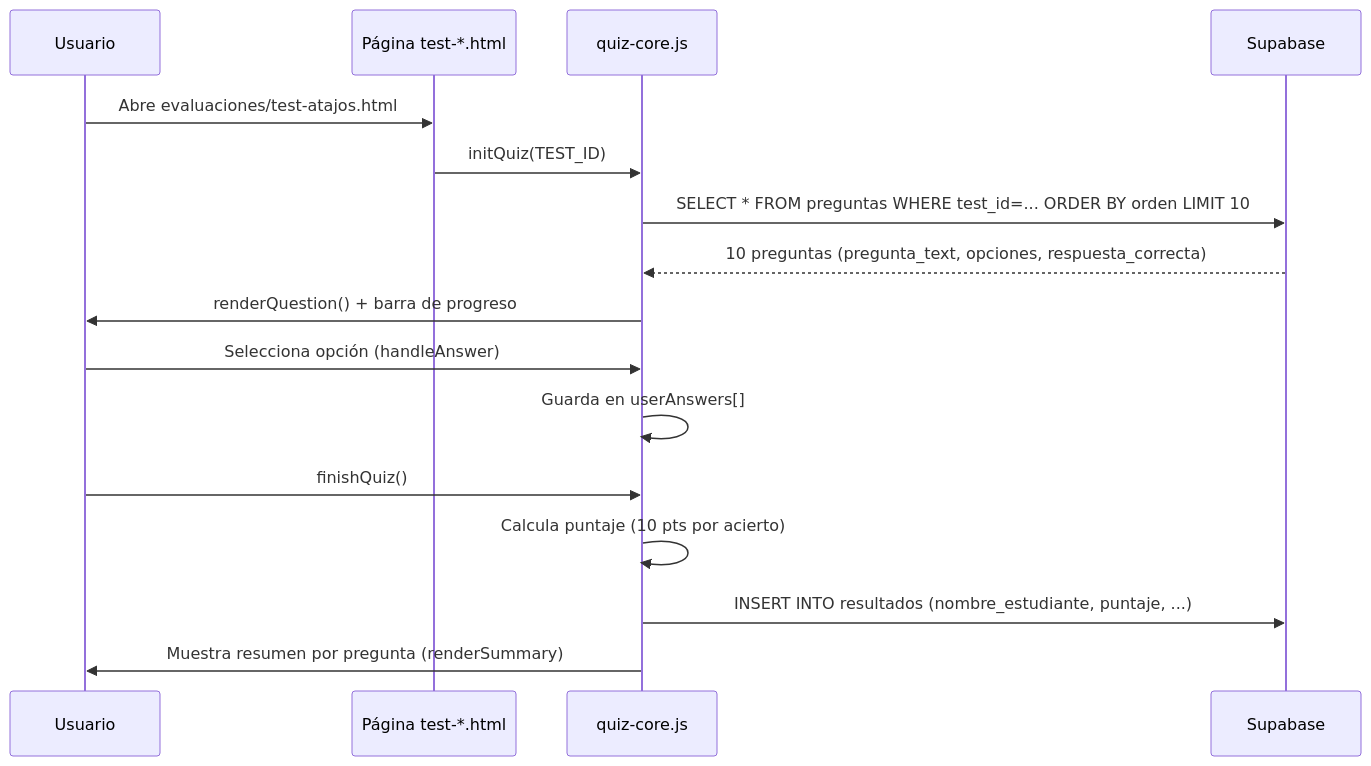
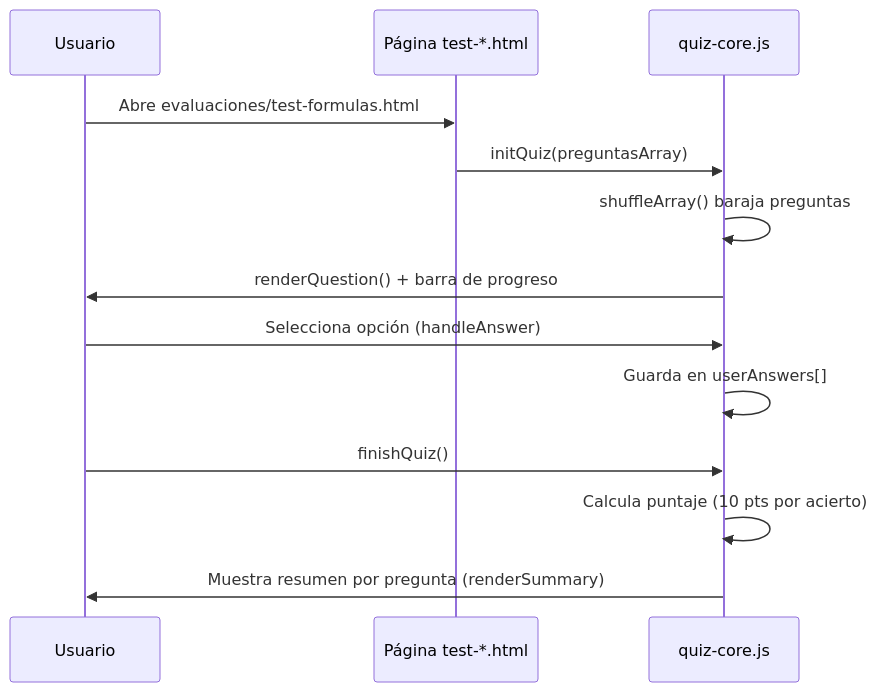
Before and after one commit to Samydex156/vanilla-blog-excel: the second of 4 diagrams in docs/ARQUITECTURA_GLOBAL.md, drawn with Mermaid. The commit also changed other lines of this file and 6 other files, not shown here.

Commit message:
docs: actualizar documentacion tras eliminacion de Supabase y evaluaciones estaticas

````diff
--- a/docs/ARQUITECTURA_GLOBAL.md
+++ b/docs/ARQUITECTURA_GLOBAL.md
@@ -71,19 +57,16 @@
 ```mermaid
 sequenceDiagram
     participant U as Usuario
     participant P as Página test-*.html
     participant Q as quiz-core.js
-    participant S as Supabase
 
-    U->>P: Abre evaluaciones/test-atajos.html
-    P->>Q: initQuiz(TEST_ID)
-    Q->>S: SELECT * FROM preguntas WHERE test_id=... ORDER BY orden LIMIT 10
-    S-->>Q: 10 preguntas (pregunta_text, opciones, respuesta_correcta)
+    U->>P: Abre evaluaciones/test-formulas.html
+    P->>Q: initQuiz(preguntasArray)
+    Q->>Q: shuffleArray() baraja preguntas
     Q->>U: renderQuestion() + barra de progreso
     U->>Q: Selecciona opción (handleAnswer)
     Q->>Q: Guarda en userAnswers[]
     U->>Q: finishQuiz()
     Q->>Q: Calcula puntaje (10 pts por acierto)
-    Q->>S: INSERT INTO resultados (nombre_estudiante, puntaje, ...)
     Q->>U: Muestra resumen por pregunta (renderSummary)
 ```
````
